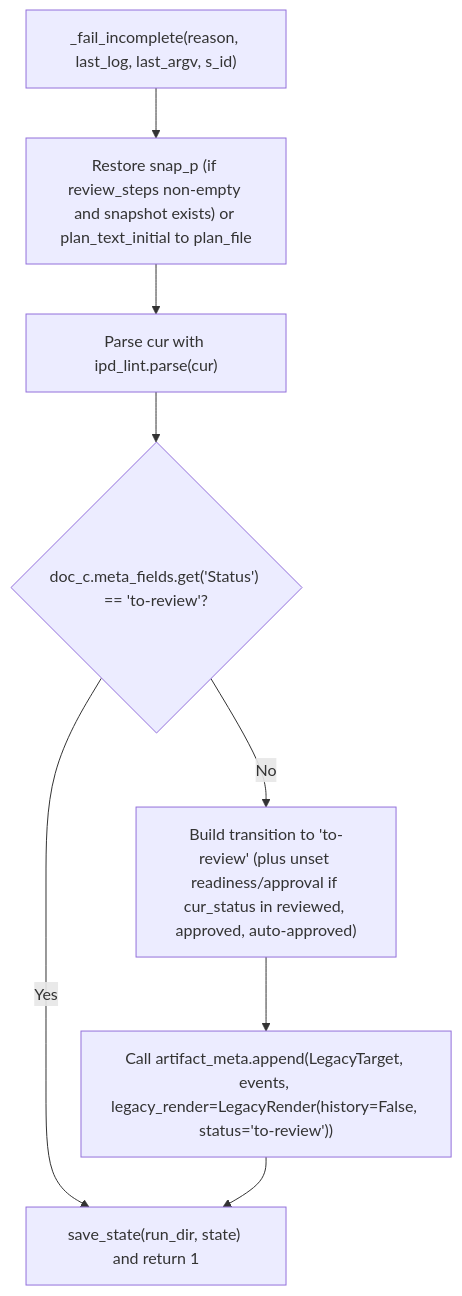
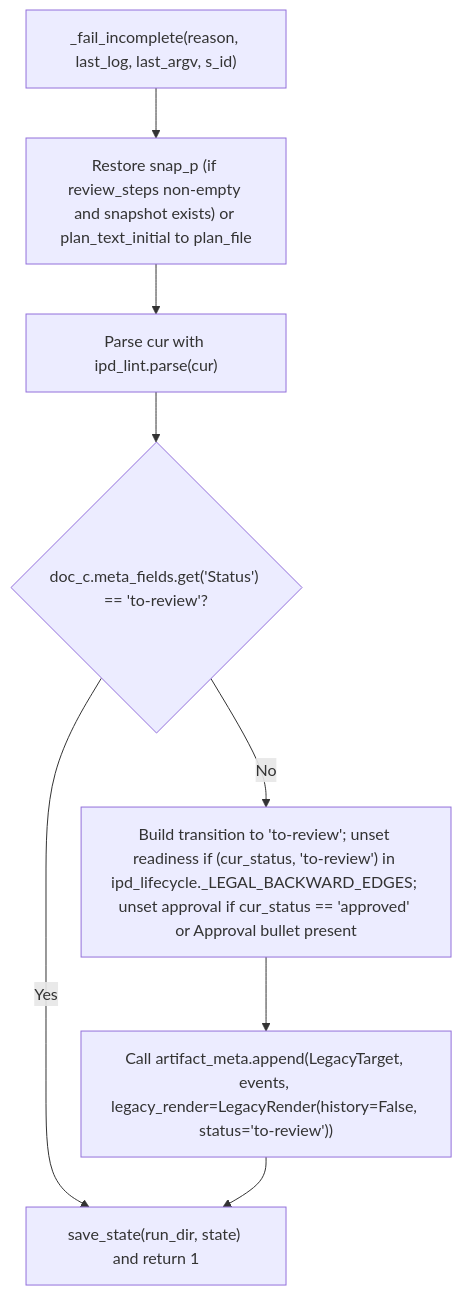
Before and after one commit to fariello/agent-workflows: the diagram in .aw/records/plans/pending/20261119-r20qqe-01-rulopj-move-runner-shared-fail-incomplete-status-reset-onto-artifac.ipd.md, drawn with Mermaid. The commit also changed other lines of this file and 1 other file, not shown here.

First line of the commit message:
plan-review: harden rulopj (revisions applied)

````diff
--- a/.aw/records/plans/pending/20261119-r20qqe-01-rulopj-move-runner-shared-fail-incomplete-status-reset-onto-artifac.ipd.md
+++ b/.aw/records/plans/pending/20261119-r20qqe-01-rulopj-move-runner-shared-fail-incomplete-status-reset-onto-artifac.ipd.md
@@ -82,10 +87,10 @@
 ```mermaid
 flowchart TD
     Fail["_fail_incomplete(reason, last_log, last_argv, s_id)"] --> Snap["Restore snap_p (if review_steps non-empty and snapshot exists) or plan_text_initial to plan_file"]
     Snap --> Parse["Parse cur with ipd_lint.parse(cur)"]
     Parse --> Check{"doc_c.meta_fields.get('Status') == 'to-review'?"}
     Check -->|Yes| Save["save_state(run_dir, state) and return 1"]
-    Check -->|No| Events["Build transition to 'to-review' (plus unset readiness/approval if cur_status in reviewed, approved, auto-approved)"]
+    Check -->|No| Events["Build transition to 'to-review'; unset readiness if (cur_status, 'to-review') in ipd_lifecycle._LEGAL_BACKWARD_EDGES; unset approval if cur_status == 'approved' or Approval bullet present"]
     Events --> Append["Call artifact_meta.append(LegacyTarget, events, legacy_render=LegacyRender(history=False, status='to-review'))"]
     Append --> Save
 ```
````
